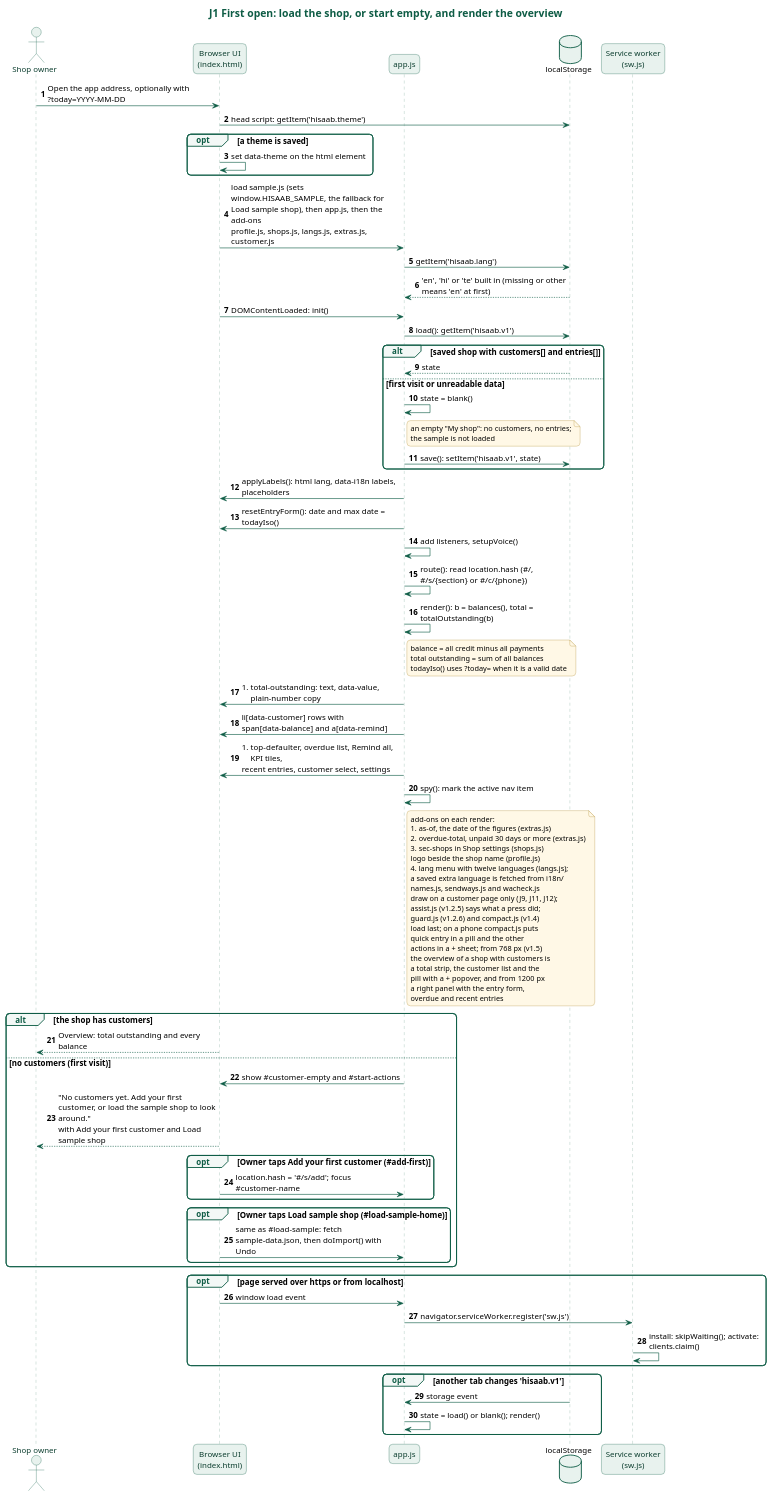
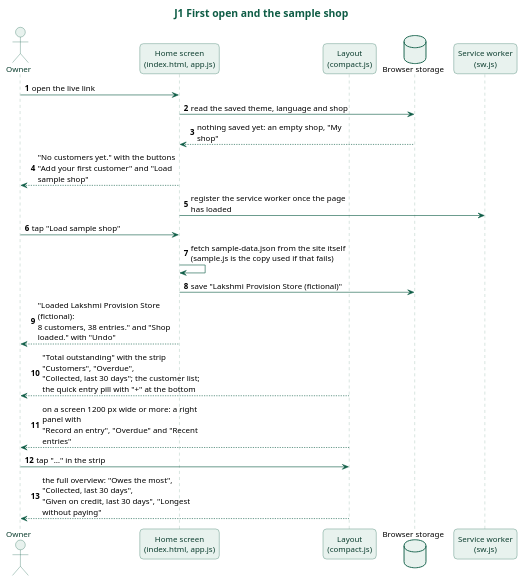
Before and after one commit to karwasanjay007/hisaab-docs: the diagram in docs/diagrams/j1-first-open.puml, drawn with PlantUML. The commit also changed 62 other files, not shown here.

First line of the commit message:
Documents rewritten as one text about version 1.5.2.1, read from the code

```diff
--- a/docs/diagrams/j1-first-open.puml
+++ b/docs/diagrams/j1-first-open.puml
@@ -1,119 +1,59 @@
 @startuml j1-first-open
-title J1 First open: load the shop, or start empty, and render the overview
+title J1 First open and the sample shop
 skinparam backgroundColor white
 skinparam defaultFontName "Noto Sans"
 skinparam defaultFontSize 13
 skinparam roundCorner 12
 skinparam shadowing false
 skinparam maxMessageSize 260
 skinparam titleFontSize 17
 skinparam titleFontColor #0E5C45
 skinparam sequenceMessageAlign left
 skinparam responseMessageBelowArrow true
 skinparam sequence {
   ArrowColor #0E5C45
   LifeLineBorderColor #7FA89A
   LifeLineBackgroundColor #E8F2EE
   ParticipantBorderColor #0E5C45
   ParticipantBackgroundColor #E8F2EE
   ParticipantFontColor #0B3D2E
   ActorBorderColor #0E5C45
   ActorBackgroundColor #E8F2EE
   ActorFontColor #0B3D2E
   GroupBorderColor #0E5C45
   GroupHeaderFontColor #0E5C45
   GroupBackgroundColor #F3F8F6
   DividerBorderColor #0E5C45
   DividerBackgroundColor #E8F2EE
   DividerFontColor #0B3D2E
   BoxBorderColor #0E5C45
 }
 skinparam database {
   BorderColor #0E5C45
   BackgroundColor #E8F2EE
 }
 skinparam note {
   BorderColor #B08A2E
   BackgroundColor #FFF8E6
   FontSize 12
 }
-actor "Shop owner" as Owner
-participant "Browser UI\n(index.html)" as UI
-participant "app.js" as App
-database "localStorage" as LS
-participant "Service worker\n(sw.js)" as SW
+actor "Owner" as O
+participant "Home screen\n(index.html, app.js)" as H
+participant "Layout\n(compact.js)" as L
+database "Browser storage" as S
+participant "Service worker\n(sw.js)" as W
 autonumber
-Owner -> UI : Open the app address, optionally with ?today=YYYY-MM-DD
-UI -> LS : head script: getItem('hisaab.theme')
-opt a theme is saved
-  UI -> UI : set data-theme on the html element
-end
-UI -> App : load sample.js (sets window.HISAAB_SAMPLE, the fallback for Load sample shop), then app.js, then the add-ons\nprofile.js, shops.js, langs.js, extras.js, customer.js
-App -> LS : getItem('hisaab.lang')
-LS --> App : 'en', 'hi' or 'te' built in (missing or other means 'en' at first)
-UI -> App : DOMContentLoaded: init()
-App -> LS : load(): getItem('hisaab.v1')
-alt saved shop with customers[] and entries[]
-  LS --> App : state
-else first visit or unreadable data
-  App -> App : state = blank()
-  note right of App : an empty "My shop": no customers, no entries;\nthe sample is not loaded
-  App -> LS : save(): setItem('hisaab.v1', state)
-end
-App -> UI : applyLabels(): html lang, data-i18n labels, placeholders
-App -> UI : resetEntryForm(): date and max date = todayIso()
-App -> App : add listeners, setupVoice()
-App -> App : route(): read location.hash (#/, #/s/{section} or #/c/{phone})
-App -> App : render(): b = balances(), total = totalOutstanding(b)
-note right of App
-  balance = all credit minus all payments
-  total outstanding = sum of all balances
-  todayIso() uses ?today= when it is a valid date
-end note
-App -> UI : #total-outstanding: text, data-value, plain-number copy
-App -> UI : li[data-customer] rows with span[data-balance] and a[data-remind]
-App -> UI : #top-defaulter, overdue list, Remind all, KPI tiles,\nrecent entries, customer select, settings
-App -> App : spy(): mark the active nav item
-note right of App
-  add-ons on each render:
-  #as-of, the date of the figures (extras.js)
-  #overdue-total, unpaid 30 days or more (extras.js)
-  #sec-shops in Shop settings (shops.js)
-  logo beside the shop name (profile.js)
-  #lang menu with twelve languages (langs.js);
-  a saved extra language is fetched from i18n/
-  names.js, sendways.js and wacheck.js
-  draw on a customer page only (J9, J11, J12);
-  assist.js (v1.2.5) says what a press did;
-  guard.js (v1.2.6) and compact.js (v1.4)
-  load last; on a phone compact.js puts
-  quick entry in a pill and the other
-  actions in a + sheet; from 768 px (v1.5)
-  the overview of a shop with customers is
-  a total strip, the customer list and the
-  pill with a + popover, and from 1200 px
-  a right panel with the entry form,
-  overdue and recent entries
-end note
-alt the shop has customers
-  UI --> Owner : Overview: total outstanding and every balance
-else no customers (first visit)
-  App -> UI : show #customer-empty and #start-actions
-  UI --> Owner : "No customers yet. Add your first customer, or load the sample shop to look around."\nwith Add your first customer and Load sample shop
-  opt Owner taps Add your first customer (#add-first)
-    UI -> App : location.hash = '#/s/add'; focus #customer-name
-  end
-  opt Owner taps Load sample shop (#load-sample-home)
-    UI -> App : same as #load-sample: fetch sample-data.json, then doImport() with Undo
-  end
-end
-opt page served over https or from localhost
-  UI -> App : window load event
-  App -> SW : navigator.serviceWorker.register('sw.js')
-  SW -> SW : install: skipWaiting(); activate: clients.claim()
-end
-opt another tab changes 'hisaab.v1'
-  LS -> App : storage event
-  App -> App : state = load() or blank(); render()
-end
+O -> H : open the live link
+H -> S : read the saved theme, language and shop
+S --> H : nothing saved yet: an empty shop, "My shop"
+H --> O : "No customers yet." with the buttons\n"Add your first customer" and "Load sample shop"
+H -> W : register the service worker once the page has loaded
+O -> H : tap "Load sample shop"
+H -> H : fetch sample-data.json from the site itself\n(sample.js is the copy used if that fails)
+H -> S : save "Lakshmi Provision Store (fictional)"
+H --> O : "Loaded Lakshmi Provision Store (fictional):\n8 customers, 38 entries." and "Shop loaded." with "Undo"
+L --> O : "Total outstanding" with the strip "Customers", "Overdue",\n"Collected, last 30 days"; the customer list;\nthe quick entry pill with "+" at the bottom
+L --> O : on a screen 1200 px wide or more: a right panel with\n"Record an entry", "Overdue" and "Recent entries"
+O -> L : tap "…" in the strip
+L --> O : the full overview: "Owes the most", "Collected, last 30 days",\n"Given on credit, last 30 days", "Longest without paying"
 @enduml
```
